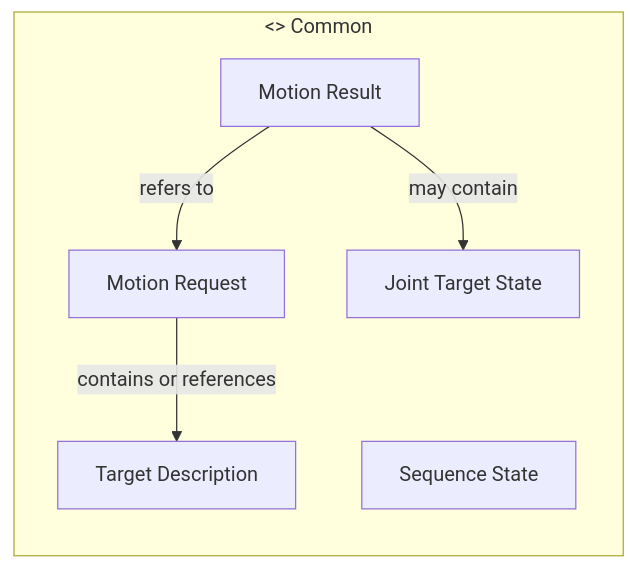
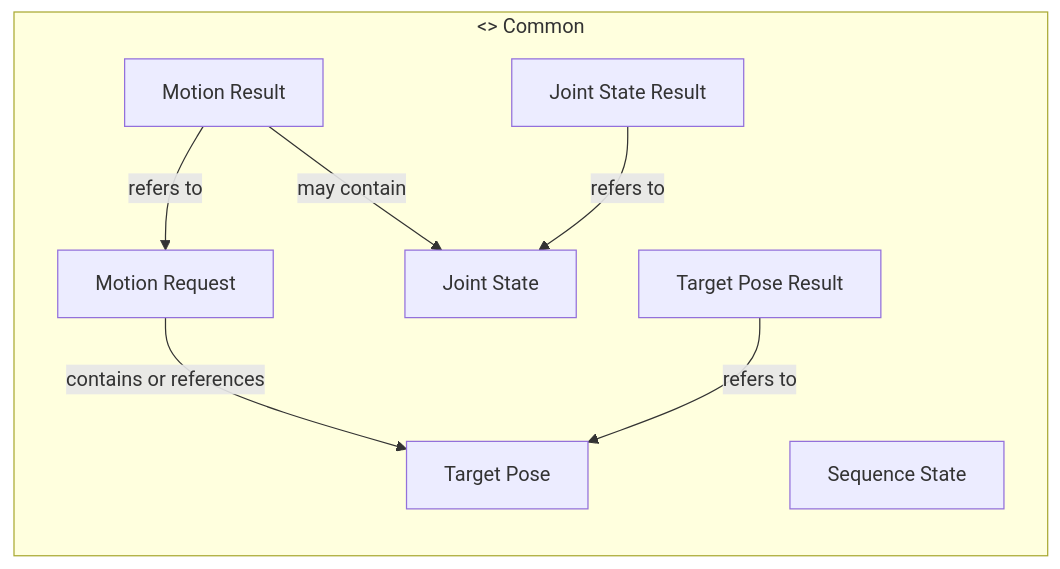
One commit to butz1999/inverse_kinematik changed the sixth of 7 diagrams in doc/projektbeschreibung.md. Above: the diagram before and after it, drawn with Mermaid. The commit also changed other lines of this file and 5 other files, not shown here.

````diff
--- a/doc/projektbeschreibung.md
+++ b/doc/projektbeschreibung.md
@@ -532,14 +542,18 @@
 ```mermaid
 flowchart LR
     subgraph COM["<<component>> Common"]
-        E1[Target Description]
+        E1[Target Pose]
         E2[Motion Request]
-        E3[Joint Target State]
+        E3[Joint State]
         E4[Motion Result]
         E5[Sequence State]
+        E6[Target Pose Result]
+        E7[Joint State Result]
 
         E2 -->|contains or references| E1
         E4 -->|refers to| E2
         E4 -->|may contain| E3
+        E6 -->|refers to| E1
+        E7 -->|refers to| E3
     end
 ```
````
